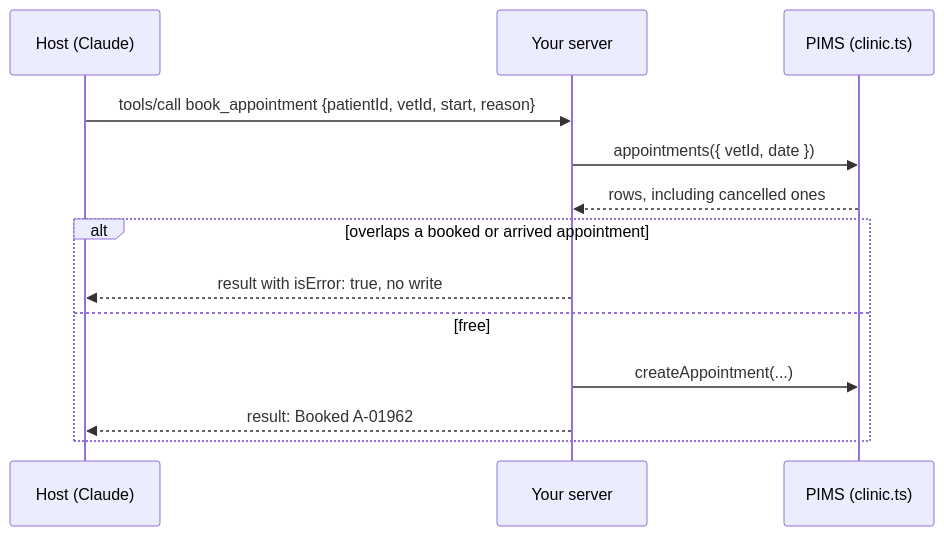
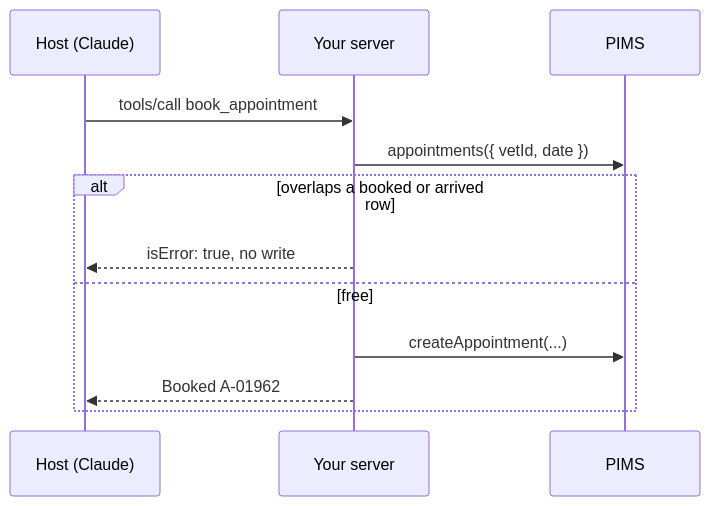
The diagram in parts/01-give-the-diary/02-book-an-appointment/problem/README.md (learnwithparam/mcp-workshop), drawn with Mermaid before and after one commit. The commit also changed other lines of this file and 153 other files, not shown here.

````diff
--- a/parts/01-give-the-diary/02-book-an-appointment/problem/README.md
+++ b/parts/01-give-the-diary/02-book-an-appointment/problem/README.md
@@ -13,15 +72,14 @@
 ```mermaid
 sequenceDiagram
   participant H as Host (Claude)
   participant S as Your server
-  participant P as PIMS (clinic.ts)
-  H->>S: tools/call book_appointment {patientId, vetId, start, reason}
+  participant P as PIMS
+  H->>S: tools/call book_appointment
   S->>P: appointments({ vetId, date })
-  P-->>S: rows, including cancelled ones
-  alt overlaps a booked or arrived appointment
-    S-->>H: result with isError: true, no write
+  alt overlaps a booked or arrived row
+    S-->>H: isError: true, no write
   else free
     S->>P: createAppointment(...)
-    S-->>H: result: Booked A-01962
+    S-->>H: Booked A-01962
   end
 ```
````
